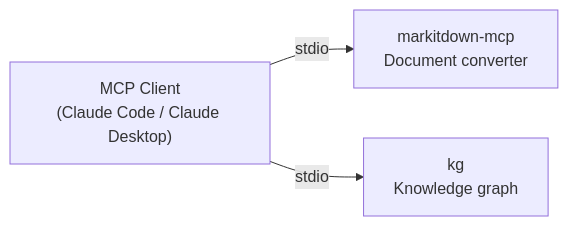
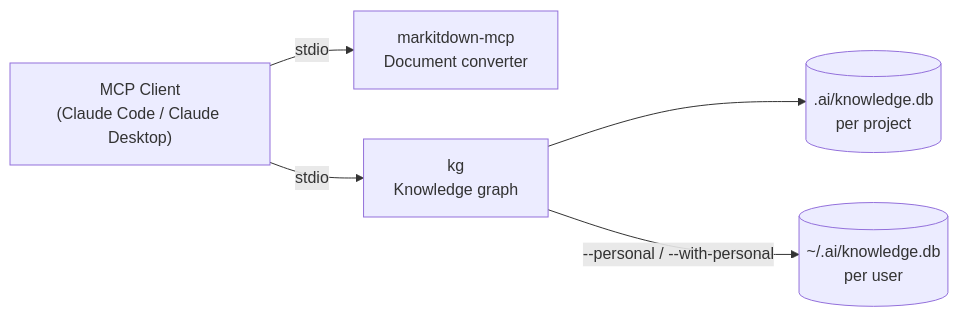
The diagram in README.md (Cortexa-LLC/mcp), drawn with Mermaid before and after one commit. The commit also changed other lines of this file and 46 other files, not shown here.

````diff
--- a/README.md
+++ b/README.md
@@ -14,9 +20,13 @@
 ```mermaid
 graph LR
     Client["MCP Client\n(Claude Code / Claude Desktop)"]
     MD["markitdown-mcp\nDocument converter"]
     KG["kg\nKnowledge graph"]
+    KGDB[(".ai/knowledge.db\nper project")]
+    PERSONAL[("~/.ai/knowledge.db\nper user")]
 
     Client -->|stdio| MD
     Client -->|stdio| KG
+    KG --> KGDB
+    KG -->|"--personal / --with-personal"| PERSONAL
 ```
````
